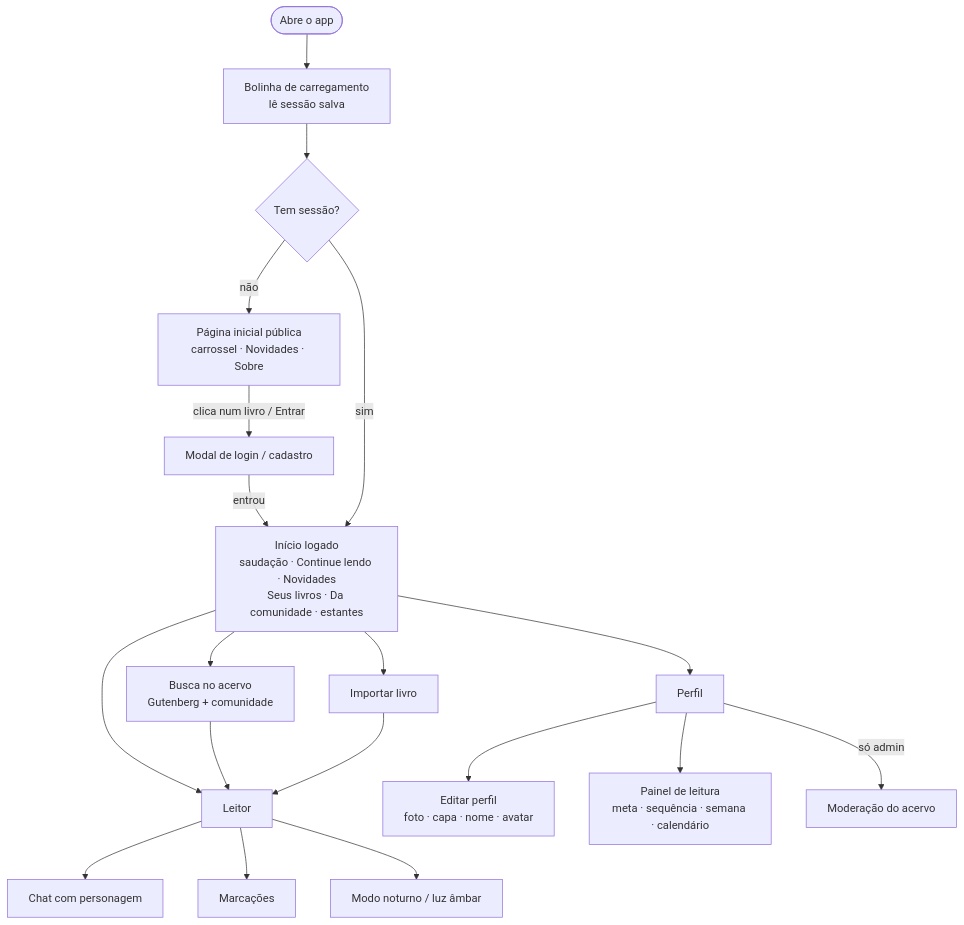
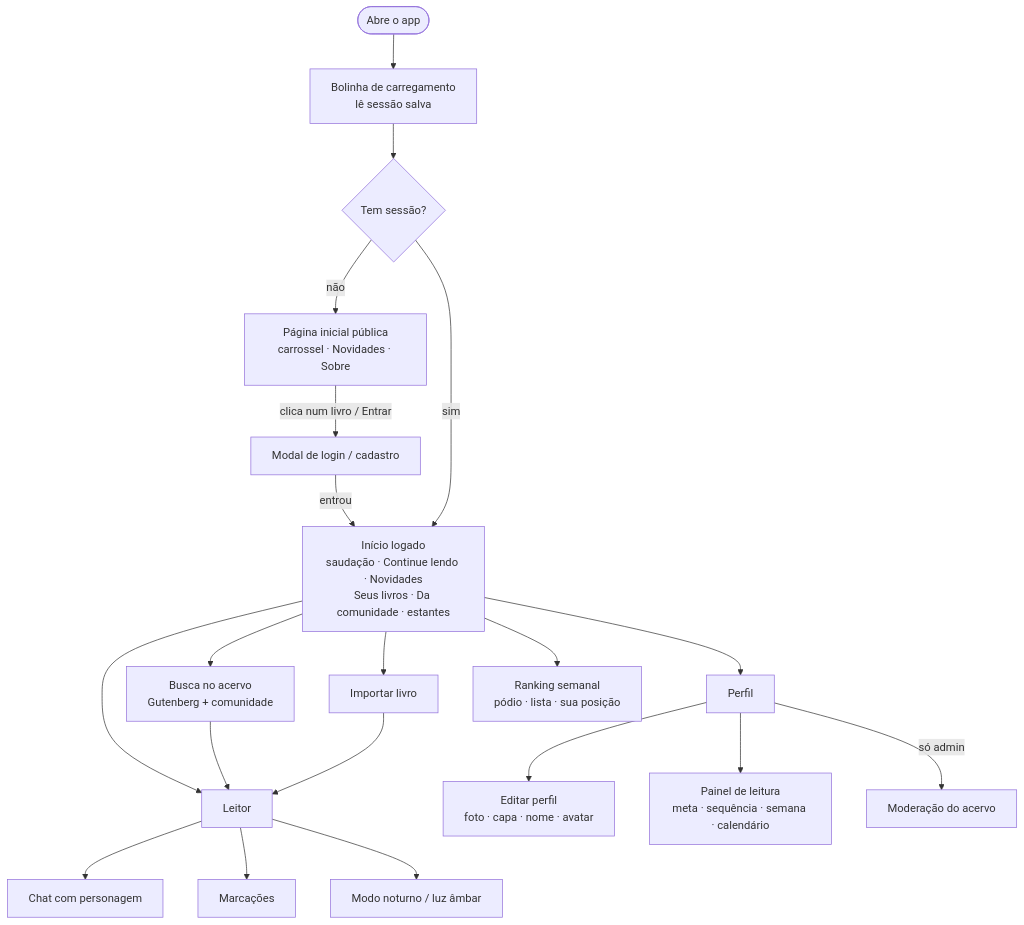
Before and after one commit to axyonsoftwarehouse/story-verse-web: the second of 14 diagrams in docs/ARQUITETURA.md, drawn with Mermaid. The commit also changed other lines of this file and 5 other files, not shown here.

First line of the commit message:
feat(ranking): ranking semanal dos leitores com pódio e diamantes

````diff
--- a/docs/ARQUITETURA.md
+++ b/docs/ARQUITETURA.md
@@ -83,26 +83,27 @@
 ```mermaid
 flowchart TD
   START([Abre o app]) --> LOAD[Bolinha de carregamento<br/>lê sessão salva]
   LOAD --> LOGGED{Tem sessão?}
 
   LOGGED -- não --> LAND[Página inicial pública<br/>carrossel · Novidades · Sobre]
   LAND -->|clica num livro / Entrar| AUTHM[Modal de login / cadastro]
   AUTHM -->|entrou| HOME
 
   LOGGED -- sim --> HOME[Início logado<br/>saudação · Continue lendo · Novidades<br/>Seus livros · Da comunidade · estantes]
 
   HOME --> SEARCH[Busca no acervo<br/>Gutenberg + comunidade]
   HOME --> IMPORT[Importar livro]
   HOME --> PROFILE[Perfil]
+  HOME --> RANK[Ranking semanal<br/>pódio · lista · sua posição]
   HOME --> READER[Leitor]
   SEARCH --> READER
   IMPORT --> READER
 
   READER --> CHAT[Chat com personagem]
   READER --> HL[Marcações]
   READER --> NIGHT[Modo noturno / luz âmbar]
 
   PROFILE --> EDIT[Editar perfil<br/>foto · capa · nome · avatar]
   PROFILE --> DASH[Painel de leitura<br/>meta · sequência · semana · calendário]
   PROFILE -->|só admin| MOD[Moderação do acervo]
 ```
````
